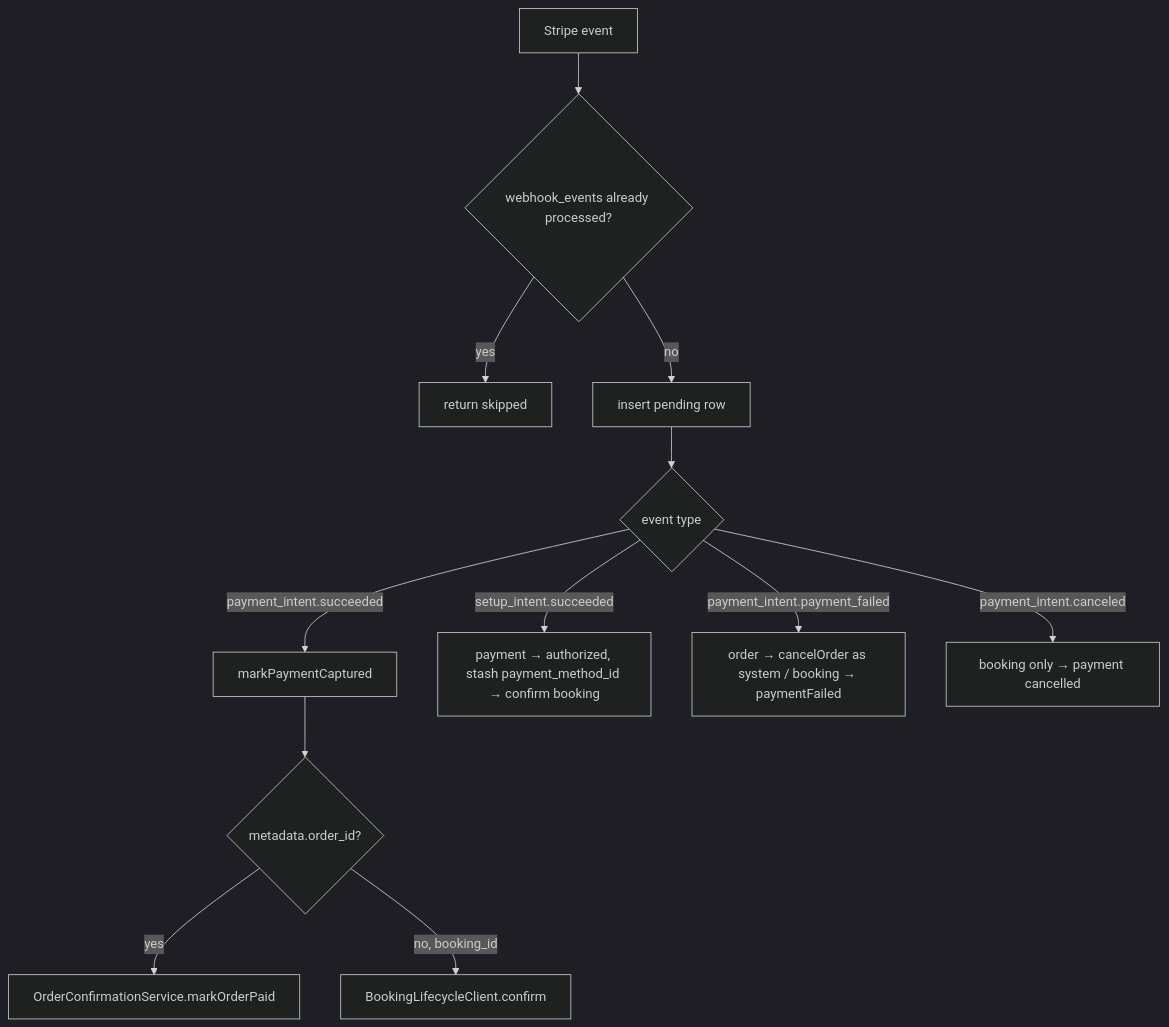
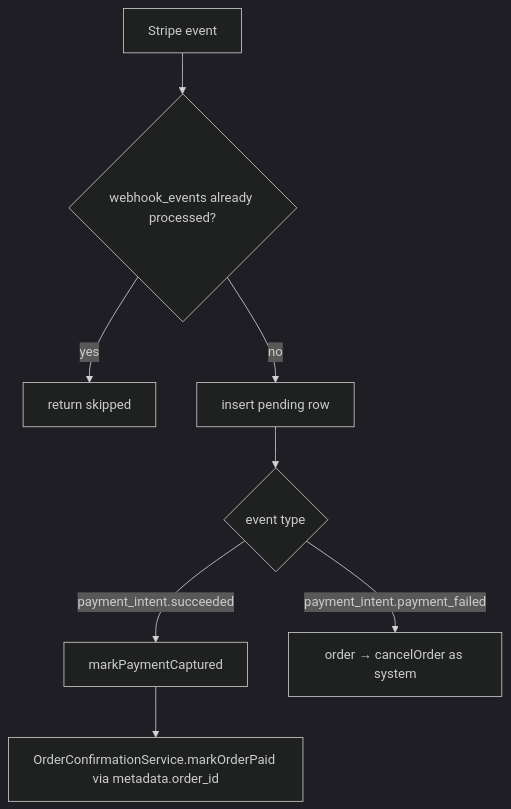
The fourth of 5 diagrams in docs/backend/07-cart-and-checkout.md (ismailfarisi/materialhub), drawn with Mermaid (dark theme) before and after one commit. The commit also changed other lines of this file and 107 other files, not shown here.

First line of the commit message:
Prune order-service, finish the schema and update the backend docs

````diff
--- a/docs/backend/07-cart-and-checkout.md
+++ b/docs/backend/07-cart-and-checkout.md
@@ -278,14 +250,10 @@
 ```mermaid
 flowchart TD
     S[Stripe event] --> ID{webhook_events already processed?}
     ID -- yes --> SKIP[return skipped]
     ID -- no --> LOG[insert pending row]
     LOG --> T{event type}
     T -->|payment_intent.succeeded| PS[markPaymentCaptured]
-    PS --> HAS{metadata.order_id?}
-    HAS -- yes --> MOP[OrderConfirmationService.markOrderPaid]
-    HAS -- no, booking_id --> BC[BookingLifecycleClient.confirm]
-    T -->|setup_intent.succeeded| SI[payment → authorized, stash payment_method_id → confirm booking]
-    T -->|payment_intent.payment_failed| PF[order → cancelOrder as system / booking → paymentFailed]
-    T -->|payment_intent.canceled| PC[booking only → payment cancelled]
+    PS --> MOP[OrderConfirmationService.markOrderPaid via metadata.order_id]
+    T -->|payment_intent.payment_failed| PF[order → cancelOrder as system]
 ```
````
